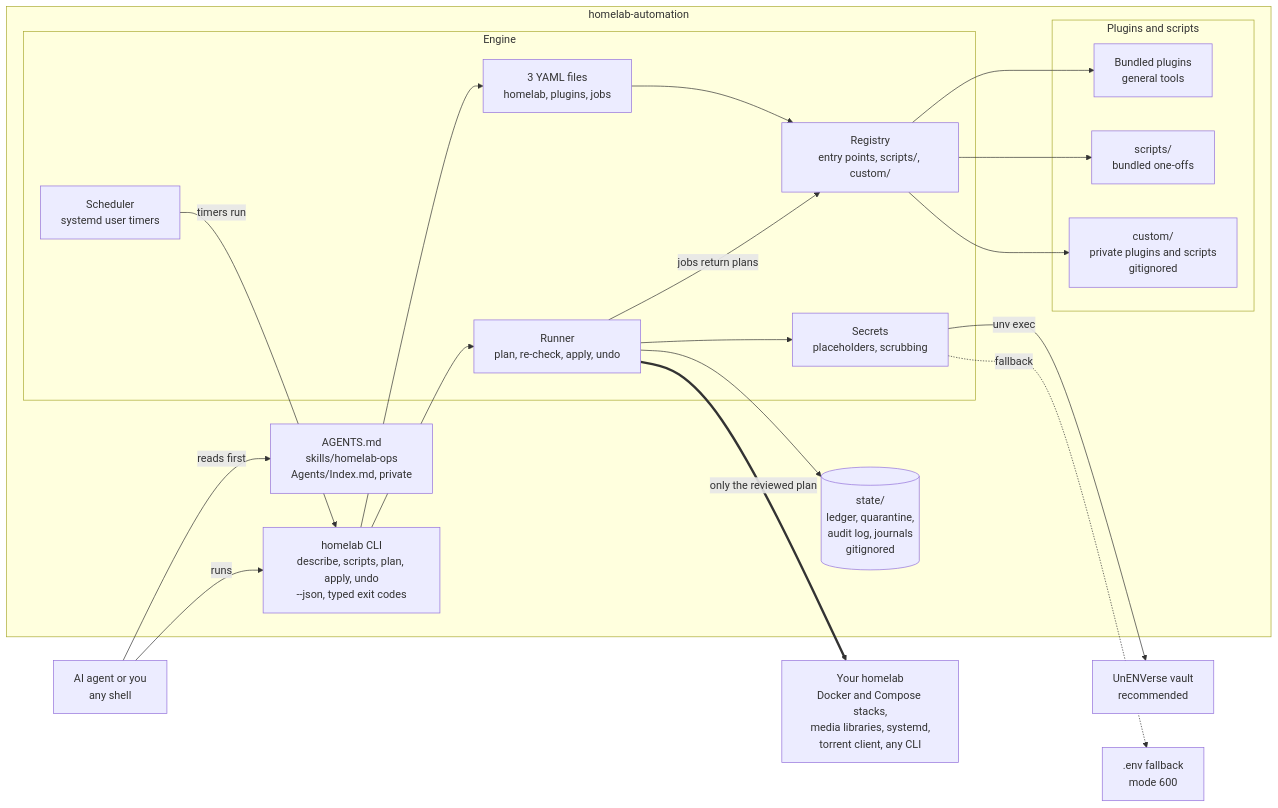
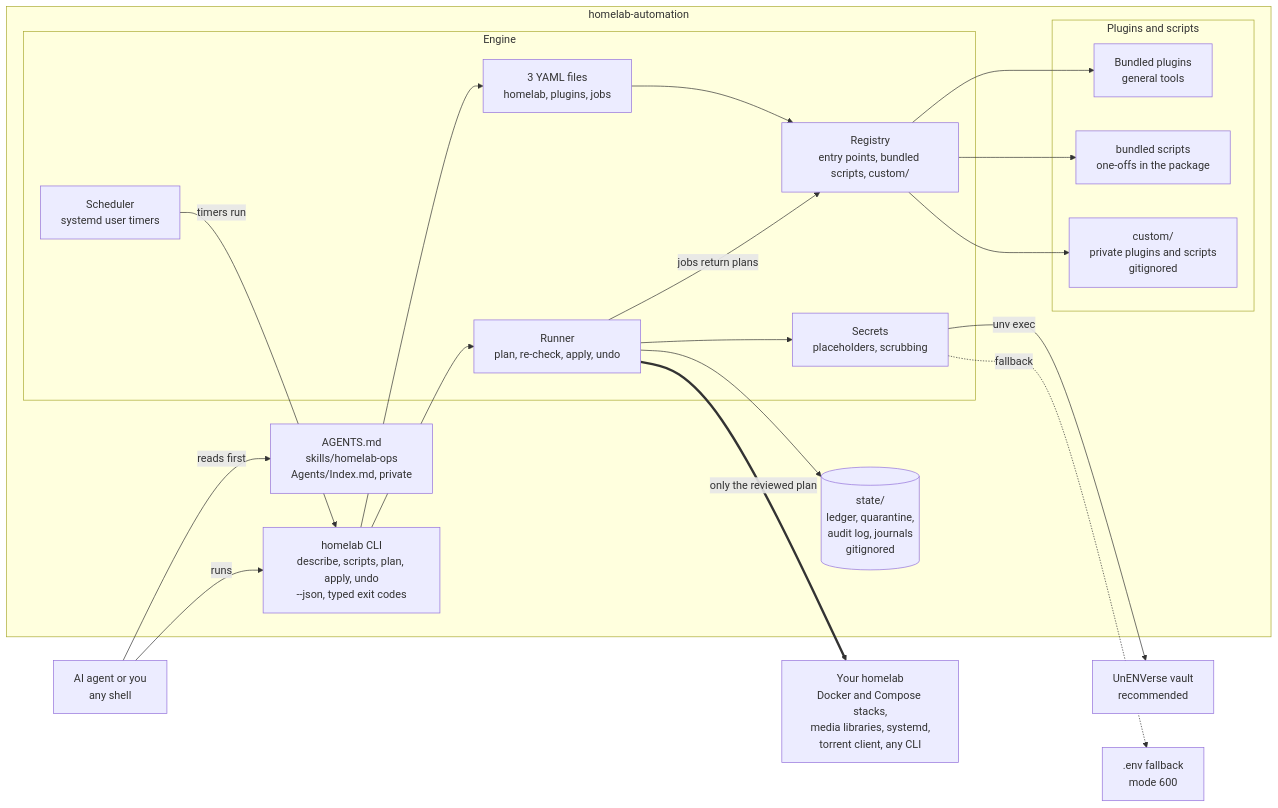
Before and after one commit to darthdemono/homelab-automation: the first of 2 diagrams in README.md, drawn with Mermaid. The commit also changed 25 other files, not shown here.

Commit message:
Moves the bundled scripts into the package so a pip install includes them.

````diff
--- a/README.md
+++ b/README.md
@@ -81,41 +81,41 @@
 ```mermaid
 flowchart LR
     AG["AI agent or you<br/>any shell"]
     V["UnENVerse vault<br/>recommended"]
     ENV[".env fallback<br/>mode 600"]
     H["Your homelab<br/>Docker and Compose stacks,<br/>media libraries, systemd,<br/>torrent client, any CLI"]
 
     subgraph REPO["homelab-automation"]
         DOC["AGENTS.md<br/>skills/homelab-ops<br/>Agents/Index.md, private"]
         CLI["homelab CLI<br/>describe, scripts, plan, apply, undo<br/>--json, typed exit codes"]
         subgraph ENG["Engine"]
             CFG["3 YAML files<br/>homelab, plugins, jobs"]
-            REG["Registry<br/>entry points, scripts/, custom/"]
+            REG["Registry<br/>entry points, bundled scripts, custom/"]
             RUN["Runner<br/>plan, re-check, apply, undo"]
             SEC["Secrets<br/>placeholders, scrubbing"]
             SCH["Scheduler<br/>systemd user timers"]
         end
         subgraph EXT["Plugins and scripts"]
             BP["Bundled plugins<br/>general tools"]
-            BS["scripts/<br/>bundled one-offs"]
+            BS["bundled scripts<br/>one-offs in the package"]
             PP["custom/<br/>private plugins and scripts<br/>gitignored"]
         end
         ST[("state/<br/>ledger, quarantine,<br/>audit log, journals<br/>gitignored")]
     end
 
     AG -->|reads first| DOC
     AG -->|runs| CLI
     CLI --> CFG
     CLI --> RUN
     REG --> BP
     REG --> BS
     REG --> PP
     CFG --> REG
     RUN -->|jobs return plans| REG
     RUN --> ST
     RUN --> SEC
     SEC -->|unv exec| V
     SEC -.->|fallback| ENV
     SCH -->|timers run| CLI
     RUN ==>|only the reviewed plan| H
 ```
````
